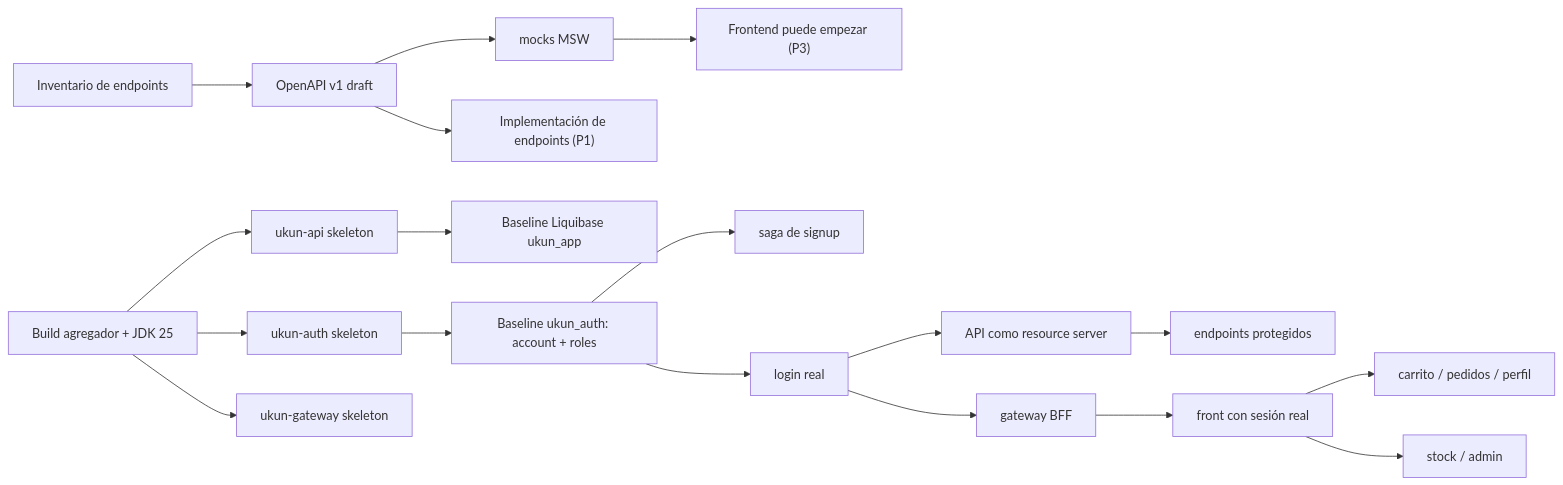
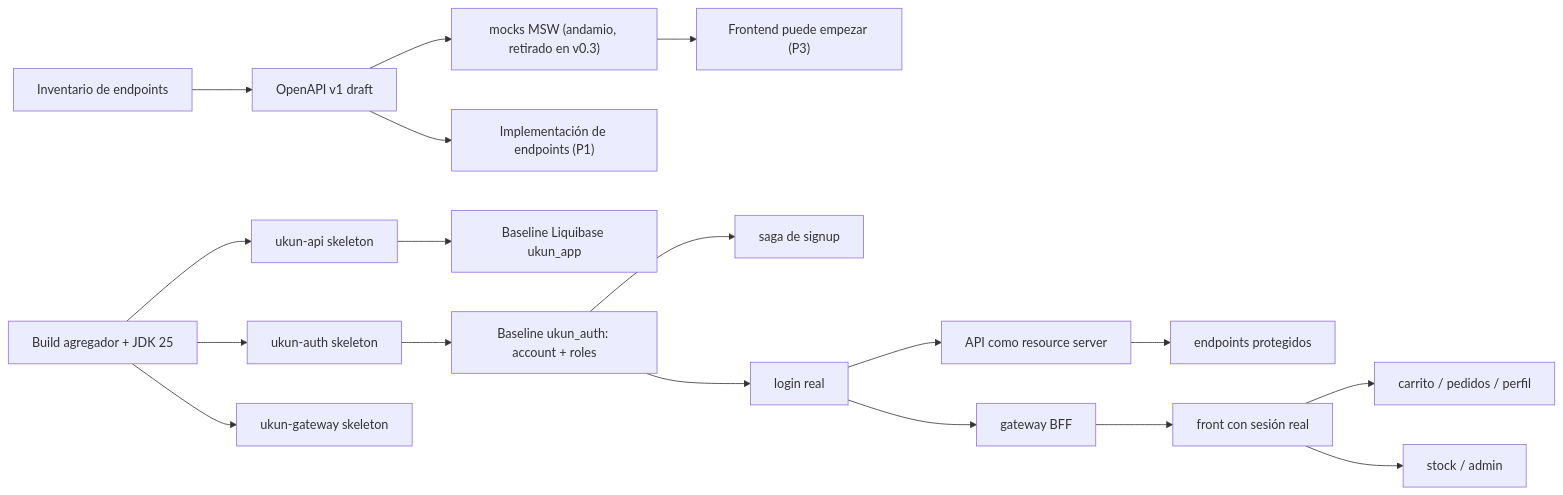
The first of 2 diagrams in docs/04-roadmap.md (sandoretti/ukun), drawn with Mermaid before and after one commit. The commit also changed other lines of this file and 49 other files, not shown here.

````diff
--- a/docs/04-roadmap.md
+++ b/docs/04-roadmap.md
@@ -59,23 +59,23 @@
 ```mermaid
 flowchart LR
     A["Build agregador + JDK 25"] --> B["ukun-api skeleton"]
     A --> C["ukun-auth skeleton"]
     A --> D["ukun-gateway skeleton"]
     B --> E["Baseline Liquibase ukun_app"]
 
     G["Inventario de endpoints"] --> H["OpenAPI v1 draft"]
-    H --> I["mocks MSW"]
+    H --> I["mocks MSW (andamio, retirado en v0.3)"]
     I --> J["Frontend puede empezar (P3)"]
     H --> K["Implementación de endpoints (P1)"]
 
     C --> L["Baseline ukun_auth: account + roles"]
     L --> M["saga de signup"]
     L --> N["login real"]
     N --> O["API como resource server"]
     O --> P["endpoints protegidos"]
 
     N --> Q["gateway BFF"]
     Q --> R["front con sesión real"]
     R --> S["carrito / pedidos / perfil"]
     R --> U["stock / admin"]
 ```
````
